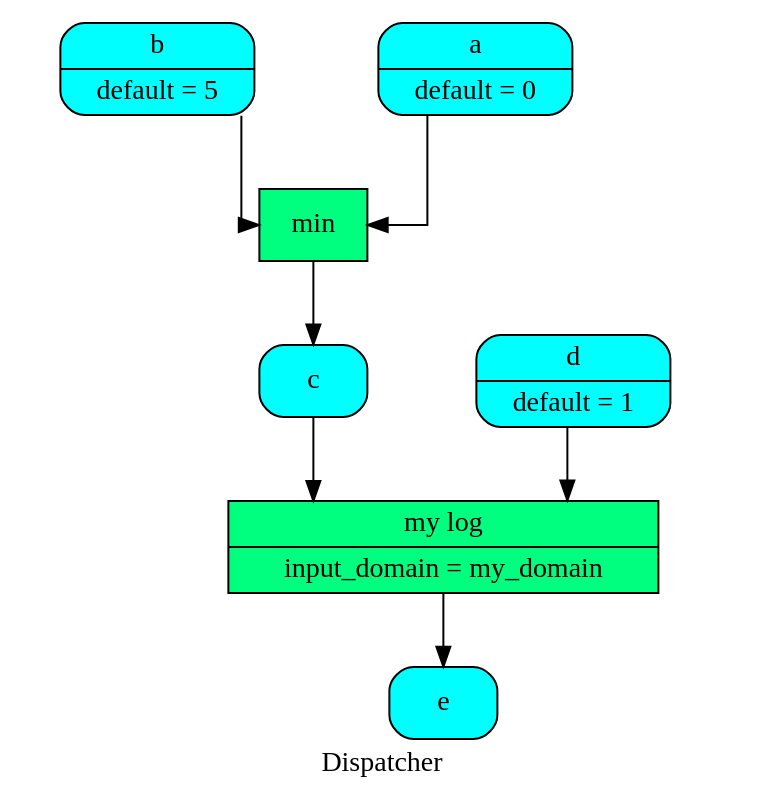
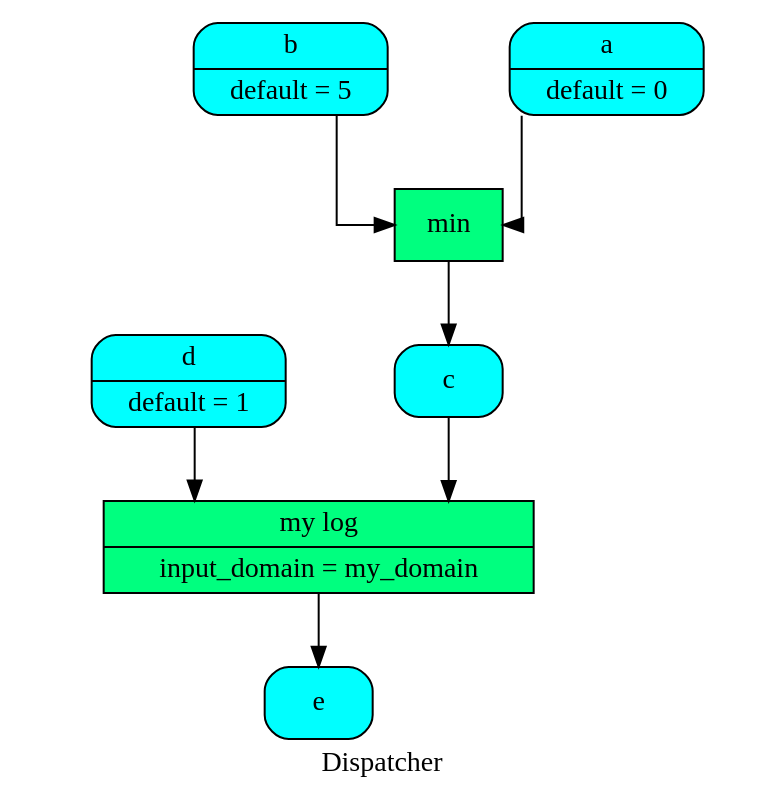
Before and after one commit to vinci1it2000/schedula: the diagram in doc/source/dispatcher/__init__/dispatch/dsp.dot, drawn with Graphviz. The commit also changed 23 other files, not shown here.

```diff
--- a/doc/source/dispatcher/__init__/dispatch/dsp.dot
+++ b/doc/source/dispatcher/__init__/dispatch/dsp.dot
@@ -1,19 +1,19 @@
 digraph Dispatcher {
 	graph [ratio=1]
 	node [style=filled]
 	splines = ortho
 	label = "Dispatcher"
-		"Dispatcher_-1600553766741042494" [label="{ e  }" fillcolor=cyan shape=Mrecord]
-		Dispatcher_2822803944687601939 [label="{ my log | input_domain = my_domain }" fillcolor=springgreen shape=record]
-		Dispatcher_8642698689935103924 [label="{ c  }" fillcolor=cyan shape=Mrecord]
-		Dispatcher_4091537378154039687 [label="{ b | default = 5 }" fillcolor=cyan shape=Mrecord]
-		"Dispatcher_-5410480096546471463" [label="{ min  }" fillcolor=springgreen shape=record]
-		"Dispatcher_-1841214044933314468" [label="{ a | default = 0 }" fillcolor=cyan shape=Mrecord]
-		"Dispatcher_-4429513020801161489" [label="{ d | default = 1 }" fillcolor=cyan shape=Mrecord]
-			Dispatcher_2822803944687601939 -> "Dispatcher_-1600553766741042494"
-			Dispatcher_8642698689935103924 -> Dispatcher_2822803944687601939
-			Dispatcher_4091537378154039687 -> "Dispatcher_-5410480096546471463"
-			"Dispatcher_-5410480096546471463" -> Dispatcher_8642698689935103924
-			"Dispatcher_-1841214044933314468" -> "Dispatcher_-5410480096546471463"
-			"Dispatcher_-4429513020801161489" -> Dispatcher_2822803944687601939
+		"Dispatcher_-8069443800989944208" [label="{ c  }" fillcolor=cyan shape=Mrecord]
+		"Dispatcher_-2616412021160338383" [label="{ min  }" fillcolor=springgreen shape=record]
+		"Dispatcher_-4868960230063457645" [label="{ b | default = 5 }" fillcolor=cyan shape=Mrecord]
+		"Dispatcher_-6154672520566587020" [label="{ a | default = 0 }" fillcolor=cyan shape=Mrecord]
+		Dispatcher_8292886482098159717 [label="{ d | default = 1 }" fillcolor=cyan shape=Mrecord]
+		Dispatcher_2516145115022043129 [label="{ my log | input_domain = my_domain }" fillcolor=springgreen shape=record]
+		Dispatcher_8757498191479327245 [label="{ e  }" fillcolor=cyan shape=Mrecord]
+			"Dispatcher_-8069443800989944208" -> Dispatcher_2516145115022043129
+			"Dispatcher_-2616412021160338383" -> "Dispatcher_-8069443800989944208"
+			"Dispatcher_-4868960230063457645" -> "Dispatcher_-2616412021160338383"
+			"Dispatcher_-6154672520566587020" -> "Dispatcher_-2616412021160338383"
+			Dispatcher_8292886482098159717 -> Dispatcher_2516145115022043129
+			Dispatcher_2516145115022043129 -> Dispatcher_8757498191479327245
 }
```
